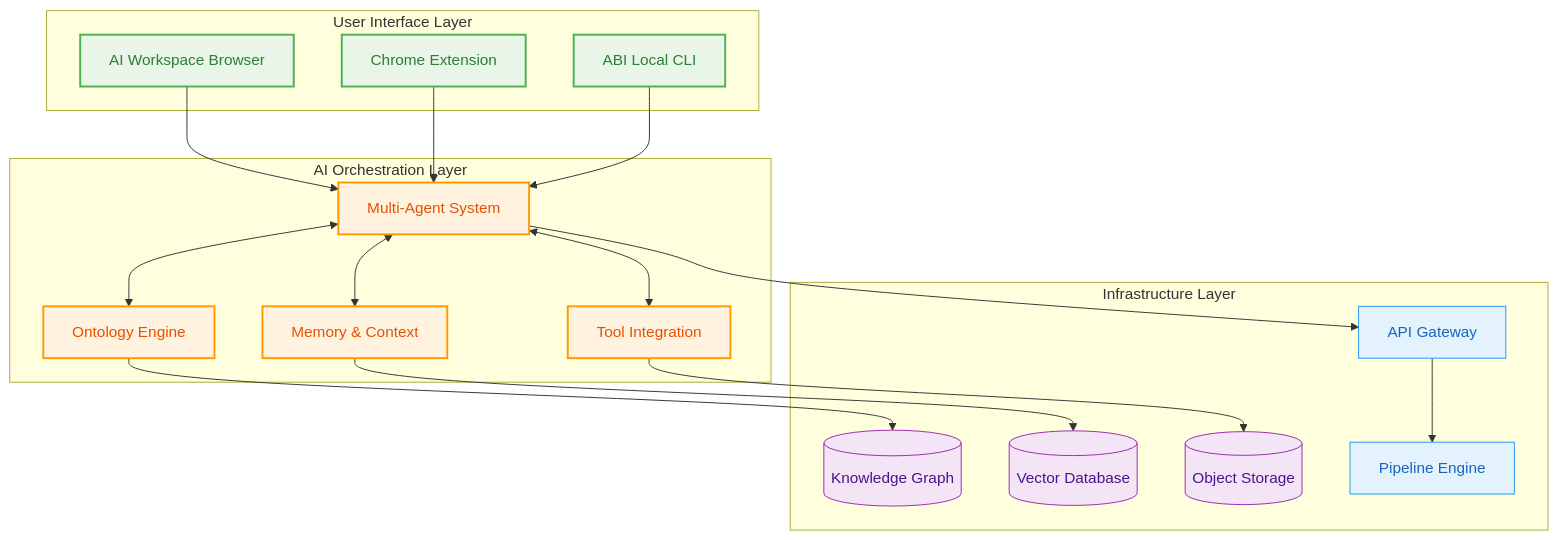
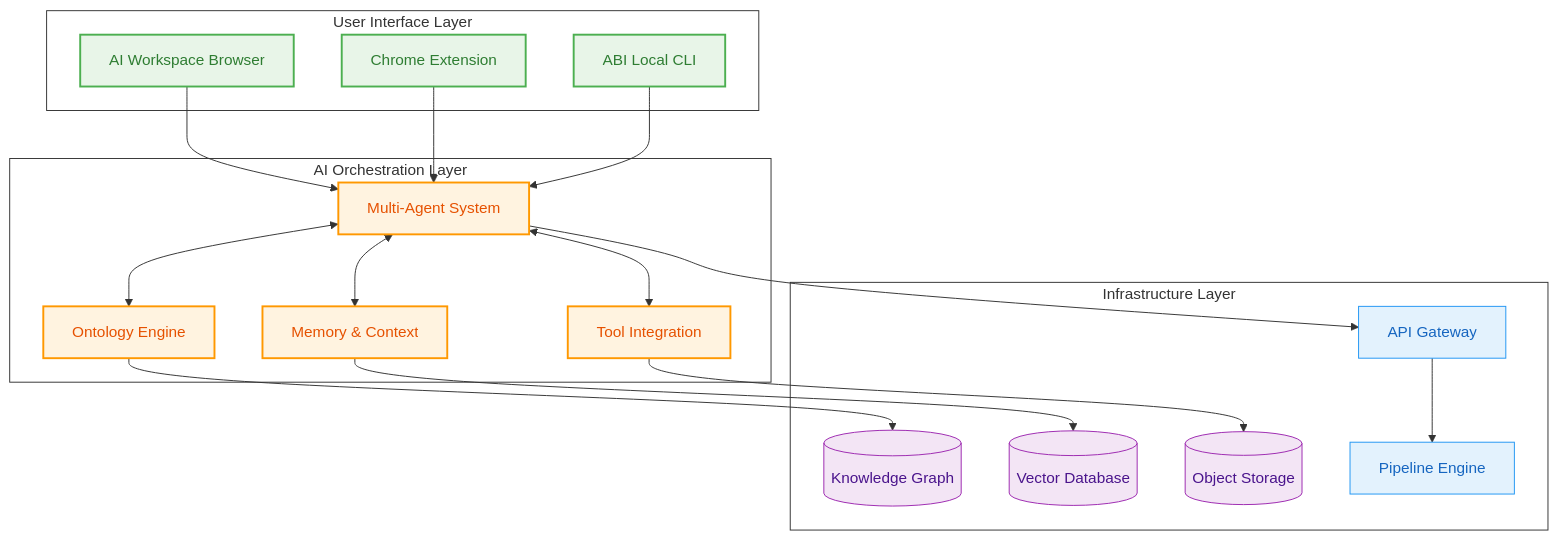
The first of 2 diagrams in site/docs/scale/architecture/overview.md (jupyter-naas/docs), drawn with Mermaid before and after one commit. The commit also changed other lines of this file and 1 other file, not shown here.

Commit message:
fix: Force transparent subgraph backgrounds with explicit styling
✅ Fixed colored subgraph backgrounds in both light and dark modes:

🎨 Subgraph Styling Solution:
- Used ID-based subgraphs (subgraph SUB_ID ["Display Name"])
- Created subgraphClear class with fill:none for transparency
- Applied explicit transparent styling to all subgraphs
- Works in both light mode (no yellow) and dark mode (no grey)

📋 Updated Diagrams:
- /scale/architecture/overview.md - Both platform and integration diagrams
- Applied UI_LAYER, AI_LAYER, INFRA_LAYER naming convention
- Added subgraphClear class to all subgraph elements

📖 Updated Documentation:
- _mermaid-styles.md - Complete subgraph styling guide
- Template now includes proper subgraph styling pattern
- Critical implementation steps for consistent backgrounds

🔍 Technical Implementation:
- classDef subgraphClear fill:none,stroke:#333,stroke-width:1px,color:#333
- class UI_LAYER,AI_LAYER,INFRA_LAYER subgraphClear
- Ensures consistency with platform overview's white backgrounds

Now all diagrams have transparent subgraph backgrounds matching the platform overview.

````diff
--- a/site/docs/scale/architecture/overview.md
+++ b/site/docs/scale/architecture/overview.md
@@ -13,50 +13,50 @@
 ```mermaid
 graph TB
-    subgraph "User Interface Layer"
+    subgraph UI_LAYER ["User Interface Layer"]
         UI[AI Workspace Browser]
         EXT[Chrome Extension]
         CLI[ABI Local CLI]
     end
     
-    subgraph "AI Orchestration Layer"
+    subgraph AI_LAYER ["AI Orchestration Layer"]
         AGENTS[Multi-Agent System]
         ONTOLOGY[Ontology Engine]
         MEMORY[Memory & Context]
         TOOLS[Tool Integration]
     end
     
-    subgraph "Infrastructure Layer"
+    subgraph INFRA_LAYER ["Infrastructure Layer"]
         API[API Gateway]
         DB[(Knowledge Graph)]
         VECTOR[(Vector Database)]
         STORAGE[(Object Storage)]
         PIPELINE[Pipeline Engine]
     end
     
     UI --> AGENTS
     EXT --> AGENTS
     CLI --> AGENTS
     
     AGENTS <--> ONTOLOGY
     AGENTS <--> MEMORY
     AGENTS <--> TOOLS
     
     AGENTS --> API
     ONTOLOGY --> DB
     MEMORY --> VECTOR
     TOOLS --> STORAGE
     API --> PIPELINE
     
     classDef userExp fill:#e8f5e8,stroke:#4caf50,stroke-width:2px,color:#2e7d32
     classDef platform fill:#e3f2fd,stroke:#2196f3,stroke-width:1px,color:#1565c0
     classDef aiEngine fill:#fff3e0,stroke:#ff9800,stroke-width:2px,color:#e65100
     classDef dataLayer fill:#f3e5f5,stroke:#9c27b0,stroke-width:1px,color:#4a148c
     classDef infrastructure fill:#fce4ec,stroke:#e91e63,stroke-width:1px,color:#880e4f
-    
-    %% Note: Subgraphs use default styling (white background) for consistency
+    classDef subgraphClear fill:none,stroke:#333,stroke-width:1px,color:#333
     
     class UI,EXT,CLI userExp
     class API,PIPELINE platform
     class AGENTS,ONTOLOGY,MEMORY,TOOLS aiEngine
     class DB,VECTOR,STORAGE dataLayer
+    class UI_LAYER,AI_LAYER,INFRA_LAYER subgraphClear
 ```
````
